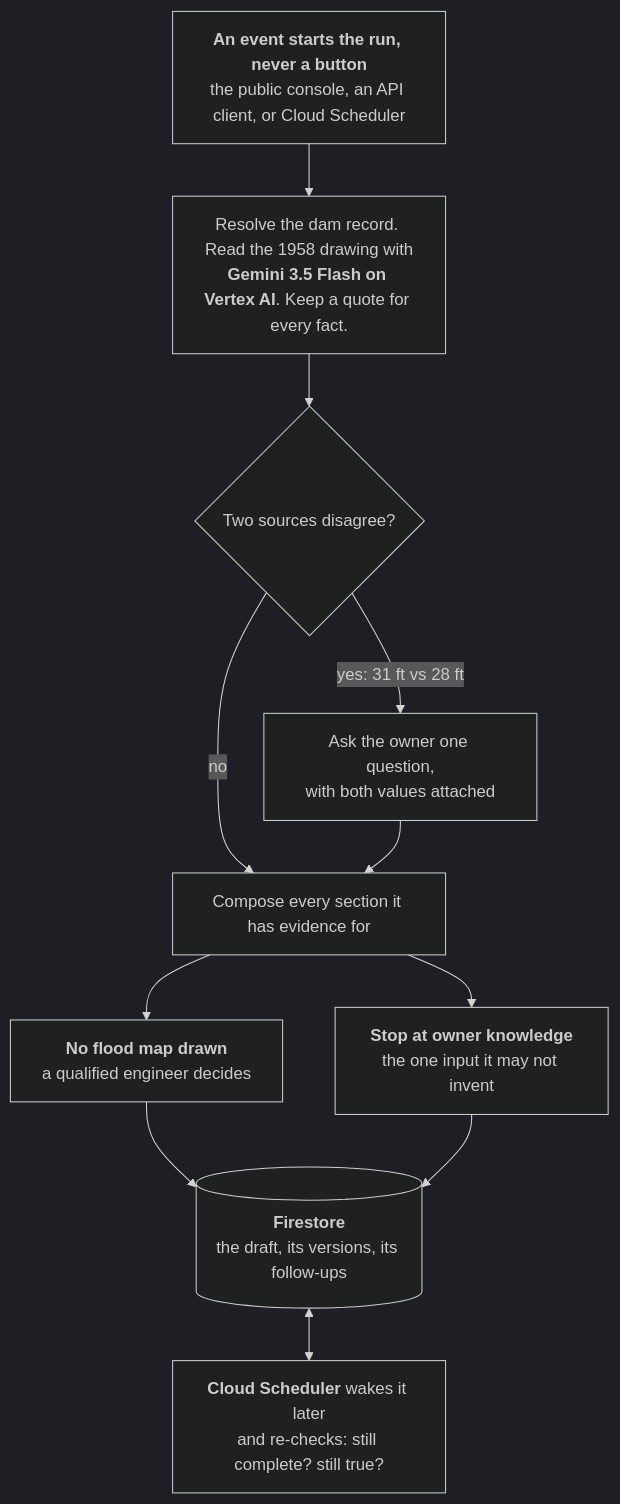
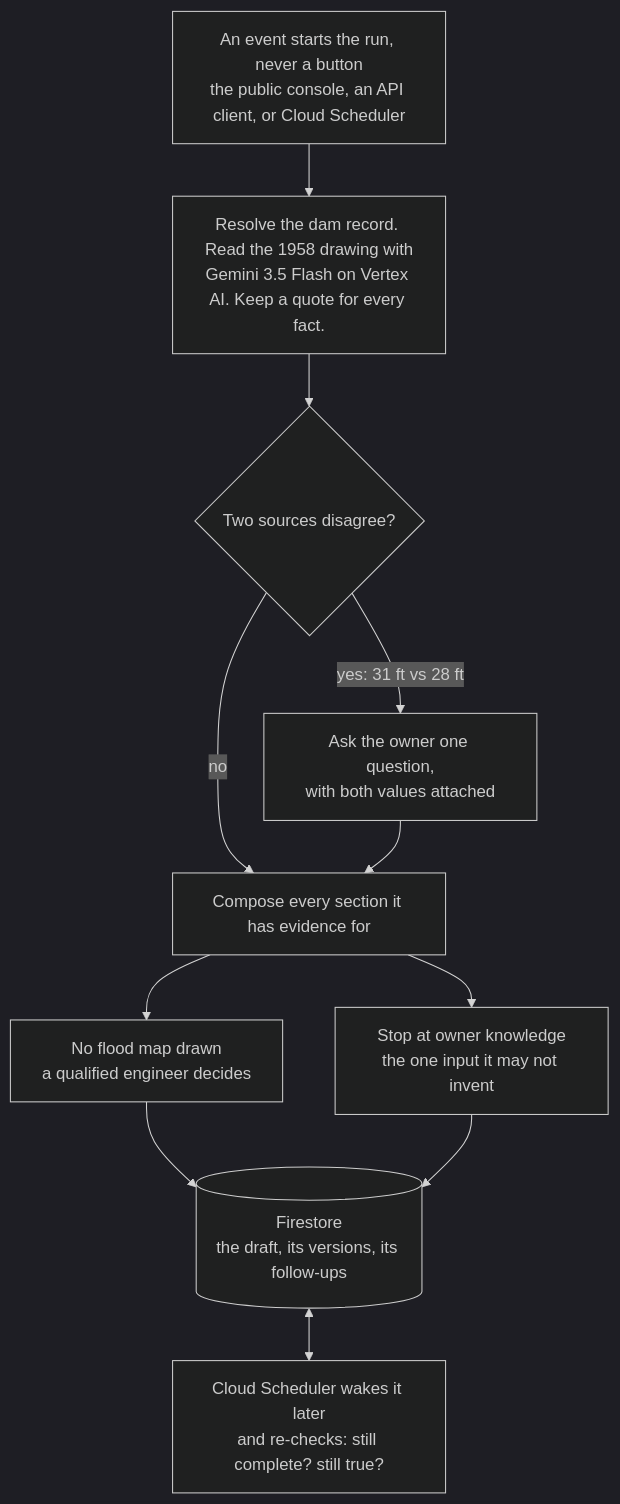
One commit to usv240/downstream changed the diagram in README.md. Above: the diagram before and after it, drawn with Mermaid (dark theme).

Commit message:
Drop the bold tags from the README diagram
GitHub renders mermaid with securityLevel strict, which can escape HTML in
node labels and print <b> literally. <br> is handled by mermaid itself and is
safe. Verified by re-rendering under strict.

````diff
--- a/README.md
+++ b/README.md
@@ -33,14 +33,14 @@
 ```mermaid
 flowchart TD
-    T["<b>An event starts the run, never a button</b><br>the public console, an API client, or Cloud Scheduler"]
-    T --> A["Resolve the dam record. Read the 1958 drawing with<br><b>Gemini 3.5 Flash on Vertex AI</b>. Keep a quote for every fact."]
+    T["An event starts the run, never a button<br>the public console, an API client, or Cloud Scheduler"]
+    T --> A["Resolve the dam record. Read the 1958 drawing with<br>Gemini 3.5 Flash on Vertex AI. Keep a quote for every fact."]
     A --> B{"Two sources disagree?"}
     B -->|"yes: 31 ft vs 28 ft"| C["Ask the owner one question,<br>with both values attached"]
     B -->|no| D
     C --> D["Compose every section it has evidence for"]
-    D --> E["<b>No flood map drawn</b><br>a qualified engineer decides"]
-    D --> F["<b>Stop at owner knowledge</b><br>the one input it may not invent"]
-    E --> G[("<b>Firestore</b><br>the draft, its versions, its follow-ups")]
+    D --> E["No flood map drawn<br>a qualified engineer decides"]
+    D --> F["Stop at owner knowledge<br>the one input it may not invent"]
+    E --> G[("Firestore<br>the draft, its versions, its follow-ups")]
     F --> G
-    G <--> H["<b>Cloud Scheduler</b> wakes it later<br>and re-checks: still complete? still true?"]
+    G <--> H["Cloud Scheduler wakes it later<br>and re-checks: still complete? still true?"]
 ```
````
